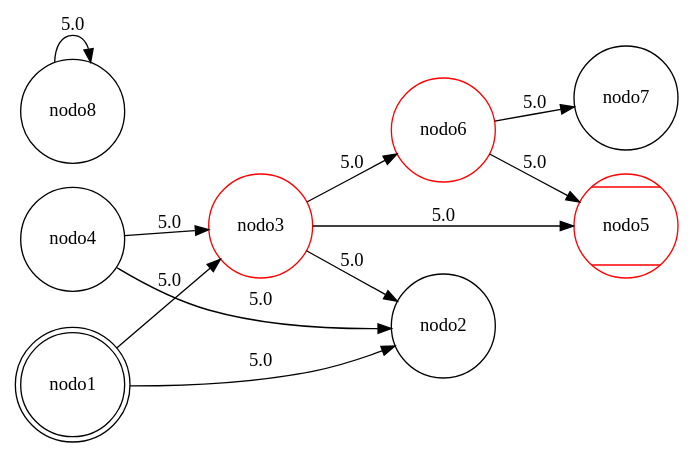
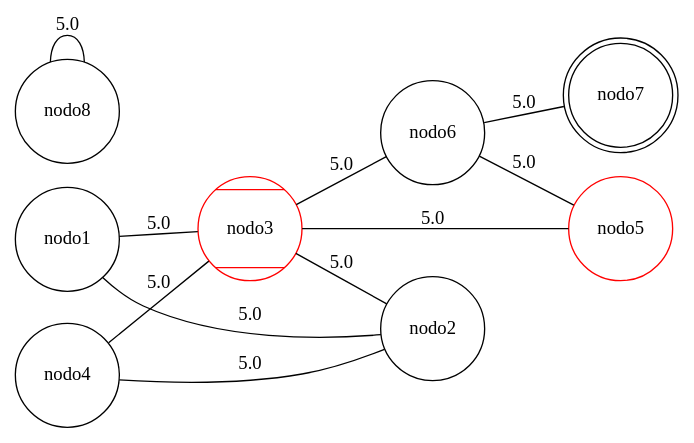
Before and after one commit to Yeferal/ProyectoFinalED: the diagram in Graficas/grafo1.dot, drawn with Graphviz. The commit also changed 34 other files, not shown here.

```diff
--- a/Graficas/grafo1.dot
+++ b/Graficas/grafo1.dot
@@ -1,26 +1,20 @@
-digraph A{
+graph A{
 node [shape = circle];
-nodo1 [shape = doublecircle];
-nodo5 [shape = Mcircle];
-nodo1 -> nodo2[label = "5.0"];
-nodo1 -> nodo3[label = "5.0"];
-nodo3 -> nodo2[label = "5.0"];
-nodo3 -> nodo5[label = "5.0"];
-nodo3 -> nodo6[label = "5.0"];
-nodo4 -> nodo3[label = "5.0"];
-nodo4 -> nodo2[label = "5.0"];
-nodo6 -> nodo5[label = "5.0"];
-nodo6 -> nodo7[label = "5.0"];
-nodo8 -> nodo8[label = "5.0"];
-nodo5 [color = red];
-nodo3 [color = red];
+nodo7 [shape = doublecircle];
+nodo3 [shape = Mcircle];
+nodo1 -- nodo2[label = "5.0"];
+nodo1 -- nodo3[label = "5.0"];
+nodo3 -- nodo2[label = "5.0"];
+nodo3 -- nodo5[label = "5.0"];
+nodo3 -- nodo6[label = "5.0"];
+nodo4 -- nodo3[label = "5.0"];
+nodo4 -- nodo2[label = "5.0"];
+nodo6 -- nodo5[label = "5.0"];
+nodo6 -- nodo7[label = "5.0"];
+nodo8 -- nodo8[label = "5.0"];
 nodo3 [color = red];
 nodo5 [color = red];
 nodo5 [color = red];
-nodo6 [color = red];
 nodo3 [color = red];
-nodo3 [color = red];
-nodo6 [color = red];
-nodo5 [color = red];
 rankdir=LR;
 }
```
